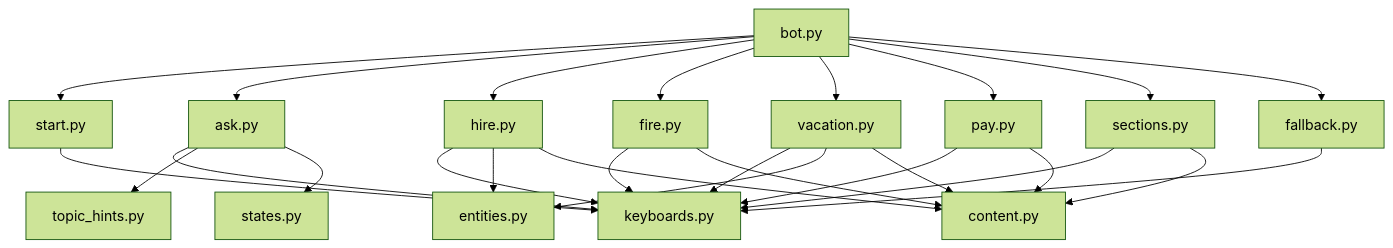
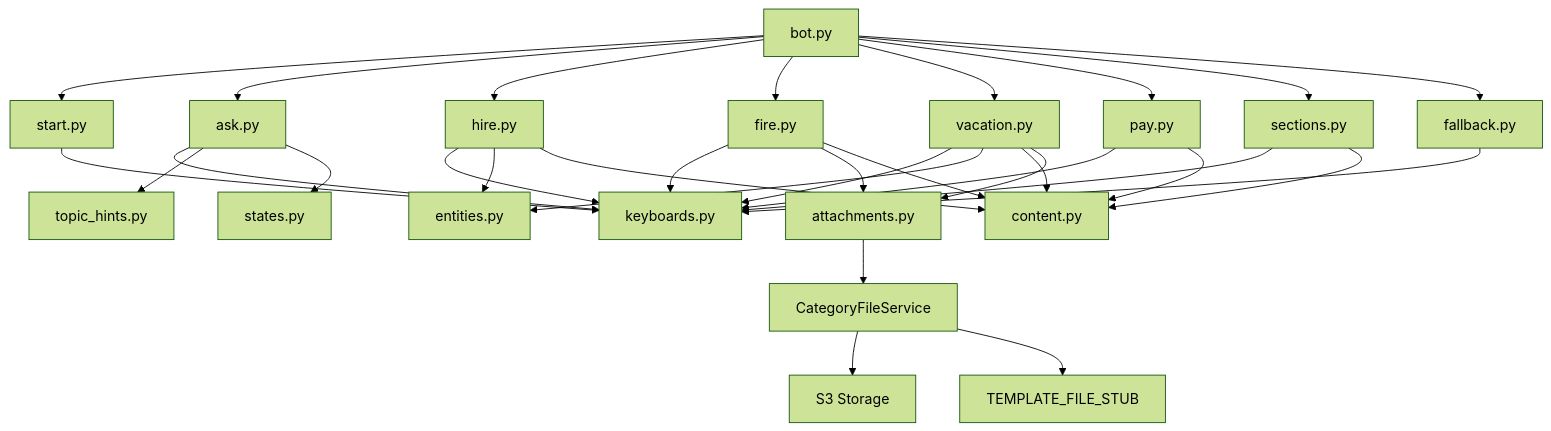
Diagram 12 of 12 in .qoder/repowiki/en/content/VK Integration/Domain Content Management.md (ognelis/cafetera_hr_bot), drawn with Mermaid (forest theme) before and after one commit. The commit also changed other lines of this file and 27 other files, not shown here.

````diff
--- a/.qoder/repowiki/en/content/VK Integration/Domain Content Management.md
+++ b/.qoder/repowiki/en/content/VK Integration/Domain Content Management.md
@@ -507,28 +554,33 @@
 ```mermaid
 graph TB
 HSTART["start.py"] --> HKY["keyboards.py"]
 HASK["ask.py"] --> HKY
 HASK --> TH["topic_hints.py"]
 HASK --> STT["states.py"]
 HHIRE["hire.py"] --> HKY
 HHIRE --> ENT["entities.py"]
 HHIRE --> CNT["content.py"]
 HFIRE["fire.py"] --> HKY
+HFIRE --> ATT["attachments.py"]
 HFIRE --> CNT
 HVACA["vacation.py"] --> HKY
 HVACA --> ENT
 HVACA --> CNT
+HVACA --> ATT
 HPAY["pay.py"] --> HKY
 HPAY --> CNT
 HSECT["sections.py"] --> HKY
 HSECT --> CNT
 HFALL["fallback.py"] --> HKY
 BOT["bot.py"] --> HSTART
 BOT --> HASK
 BOT --> HHIRE
 BOT --> HFIRE
 BOT --> HVACA
 BOT --> HPAY
 BOT --> HSECT
 BOT --> HFALL
+ATT --> CAT["CategoryFileService"]
+CAT --> S3["S3 Storage"]
+CAT --> FALLBACK["TEMPLATE_FILE_STUB"]
 ```
````
